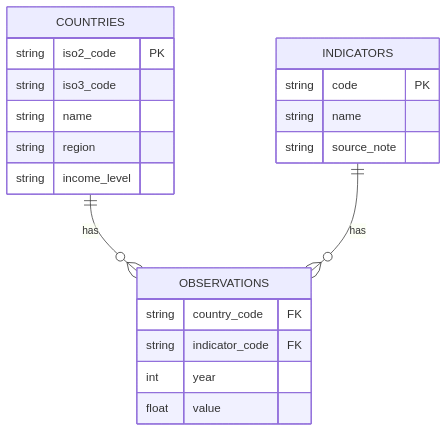
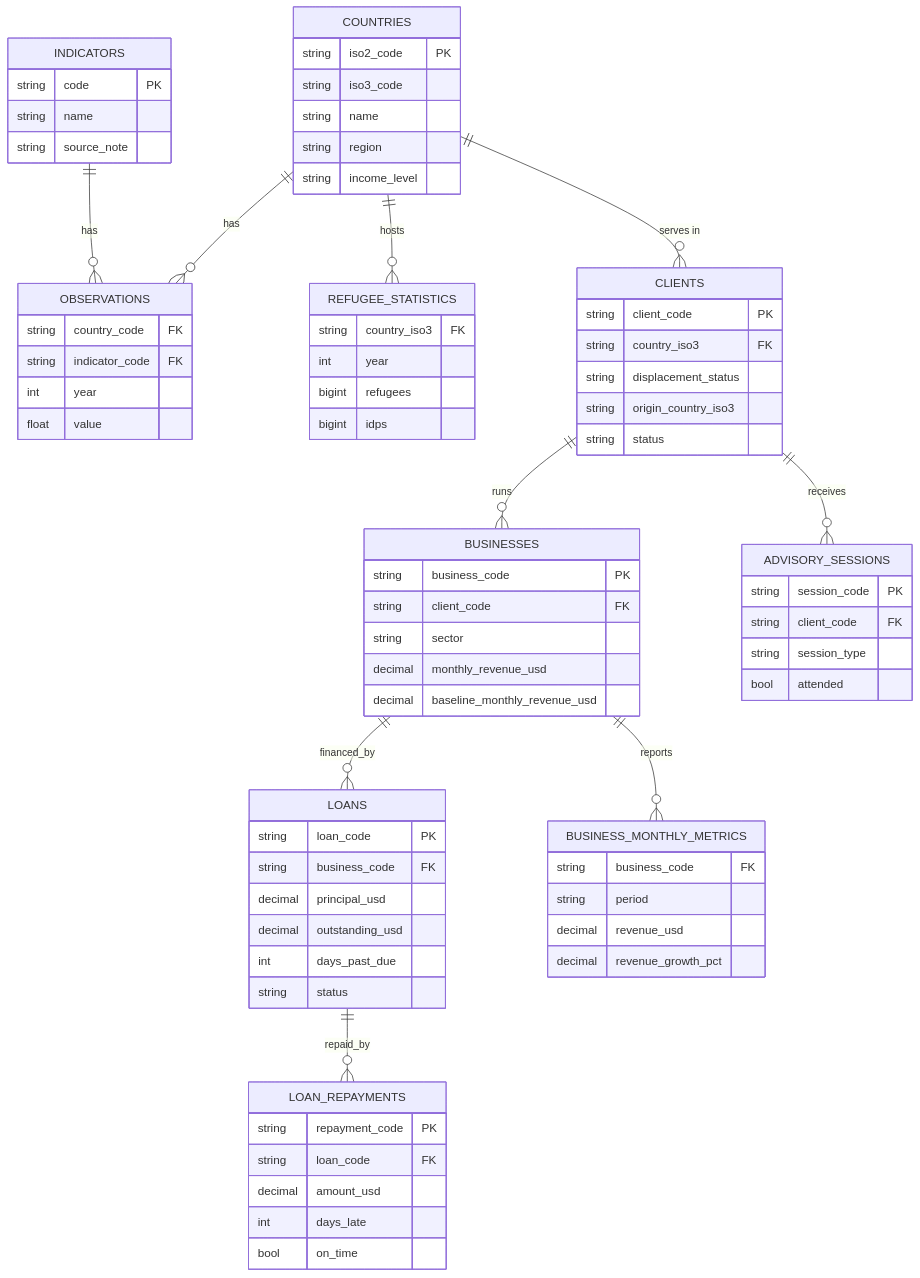
The second of 2 diagrams in docs/design_report.md (joelatiam/self-reliance-analytics-platform), drawn with Mermaid before and after one commit. The commit also changed other lines of this file and 35 other files, not shown here.

````diff
--- a/docs/design_report.md
+++ b/docs/design_report.md
@@ -39,24 +43,78 @@
 ```mermaid
 erDiagram
     COUNTRIES ||--o{ OBSERVATIONS : has
     INDICATORS ||--o{ OBSERVATIONS : has
+    COUNTRIES ||--o{ REFUGEE_STATISTICS : hosts
+    COUNTRIES ||--o{ CLIENTS : "serves in"
+    CLIENTS ||--o{ BUSINESSES : runs
+    CLIENTS ||--o{ ADVISORY_SESSIONS : receives
+    BUSINESSES ||--o{ LOANS : financed_by
+    BUSINESSES ||--o{ BUSINESS_MONTHLY_METRICS : reports
+    LOANS ||--o{ LOAN_REPAYMENTS : repaid_by
 
     COUNTRIES {
         string iso2_code PK
         string iso3_code
         string name
         string region
         string income_level
     }
     INDICATORS {
         string code PK
         string name
         string source_note
     }
     OBSERVATIONS {
         string country_code FK
         string indicator_code FK
         int year
         float value
     }
+    REFUGEE_STATISTICS {
+        string country_iso3 FK
+        int year
+        bigint refugees
+        bigint idps
+    }
+    CLIENTS {
+        string client_code PK
+        string country_iso3 FK
+        string displacement_status
+        string origin_country_iso3
+        string status
+    }
+    BUSINESSES {
+        string business_code PK
+        string client_code FK
+        string sector
+        decimal monthly_revenue_usd
+        decimal baseline_monthly_revenue_usd
+    }
+    LOANS {
+        string loan_code PK
+        string business_code FK
+        decimal principal_usd
+        decimal outstanding_usd
+        int days_past_due
+        string status
+    }
+    LOAN_REPAYMENTS {
+        string repayment_code PK
+        string loan_code FK
+        decimal amount_usd
+        int days_late
+        bool on_time
+    }
+    ADVISORY_SESSIONS {
+        string session_code PK
+        string client_code FK
+        string session_type
+        bool attended
+    }
+    BUSINESS_MONTHLY_METRICS {
+        string business_code FK
+        string period
+        decimal revenue_usd
+        decimal revenue_growth_pct
+    }
 ```
````
